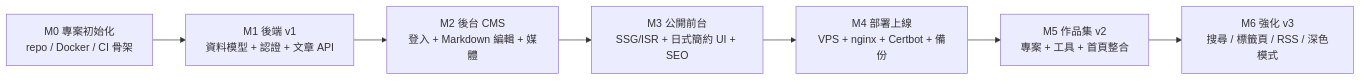
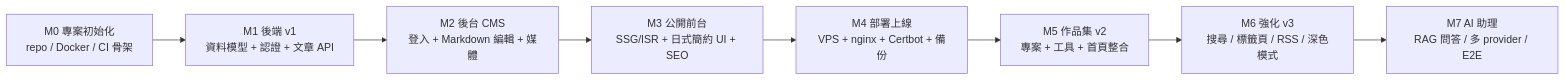
Before and after one commit to leo031523/website: the tenth of 10 diagrams in require_docs/系統規格書V2.md, drawn with Mermaid. The commit also changed other lines of this file and 13 other files, not shown here.

First line of the commit message:
Phase 4：作品展示強化（截圖、ER 圖、AI 流程圖、技術決策紀錄）

````diff
--- a/require_docs/系統規格書V2.md
+++ b/require_docs/系統規格書V2.md
@@ -619,9 +645,10 @@
 ```mermaid
 flowchart LR
     M0["M0 專案初始化<br/>repo / Docker / CI 骨架"] --> M1["M1 後端 v1<br/>資料模型 + 認證 + 文章 API"]
     M1 --> M2["M2 後台 CMS<br/>登入 + Markdown 編輯 + 媒體"]
     M2 --> M3["M3 公開前台<br/>SSG/ISR + 日式簡約 UI + SEO"]
     M3 --> M4["M4 部署上線<br/>VPS + nginx + Certbot + 備份"]
     M4 --> M5["M5 作品集 v2<br/>專案 + 工具 + 首頁整合"]
     M5 --> M6["M6 強化 v3<br/>搜尋 / 標籤頁 / RSS / 深色模式"]
+    M6 --> M7["M7 AI 助理<br/>RAG 問答 / 多 provider / E2E"]
 ```
````
